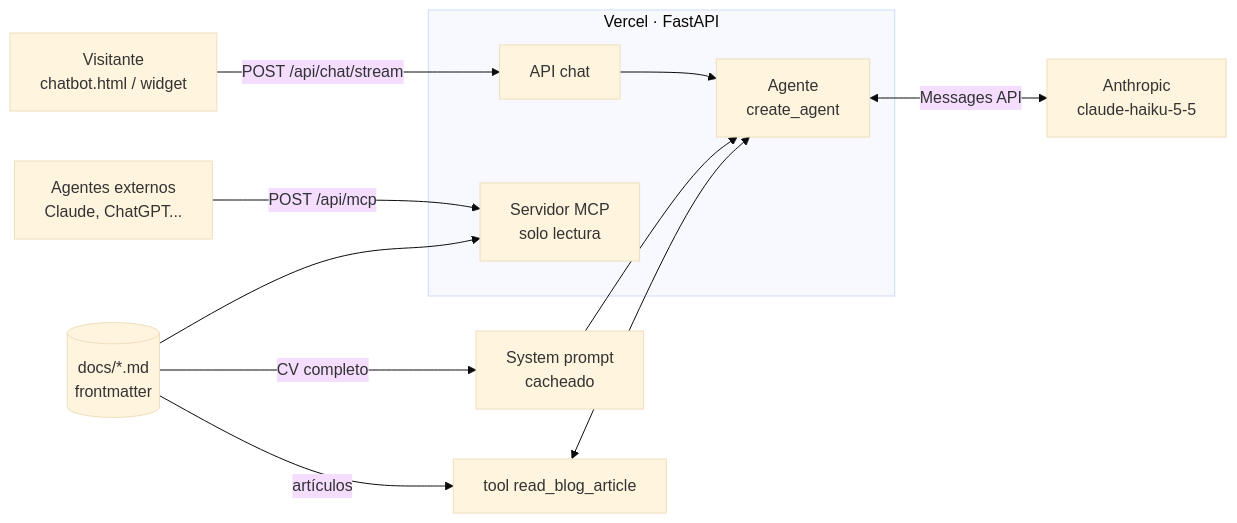
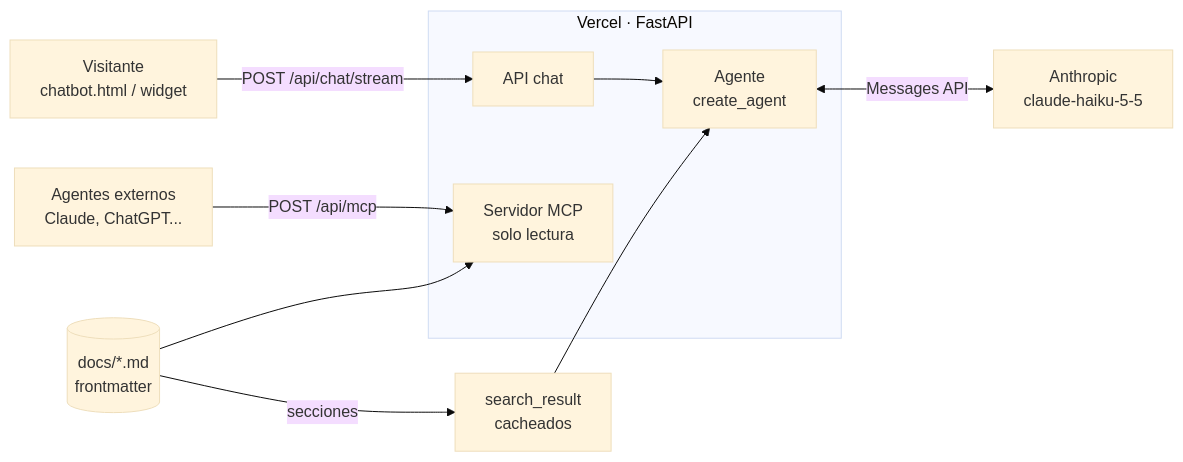
One commit to DemetrioTahoces/DemetrioTahoces.github.io changed the first of 2 diagrams in CV/Chatbot/README.md. Above: the diagram before and after it, drawn with Mermaid (base theme). The commit also changed other lines of this file and 16 other files, not shown here.

````diff
--- a/CV/Chatbot/README.md
+++ b/CV/Chatbot/README.md
@@ -18,17 +18,15 @@
 ```mermaid
 flowchart LR
     U[Visitante<br/>chatbot.html / widget] -->|POST /api/chat/stream| API
     A[Agentes externos<br/>Claude, ChatGPT...] -->|POST /api/mcp| MCP
 
     subgraph Vercel [Vercel · FastAPI]
         API[API chat] --> AG[Agente<br/>create_agent]
         MCP[Servidor MCP<br/>solo lectura]
     end
 
-    KB[(docs/*.md<br/>frontmatter)] -->|CV completo| SP[System prompt<br/>cacheado]
-    KB -->|artículos| T[tool read_blog_article]
+    KB[(docs/*.md<br/>frontmatter)] -->|secciones| SR[search_result<br/>cacheados]
     KB --> MCP
-    SP --> AG
-    T <--> AG
+    SR --> AG
     AG <-->|Messages API| O[Anthropic<br/>claude-haiku-5-5]
 ```
````
